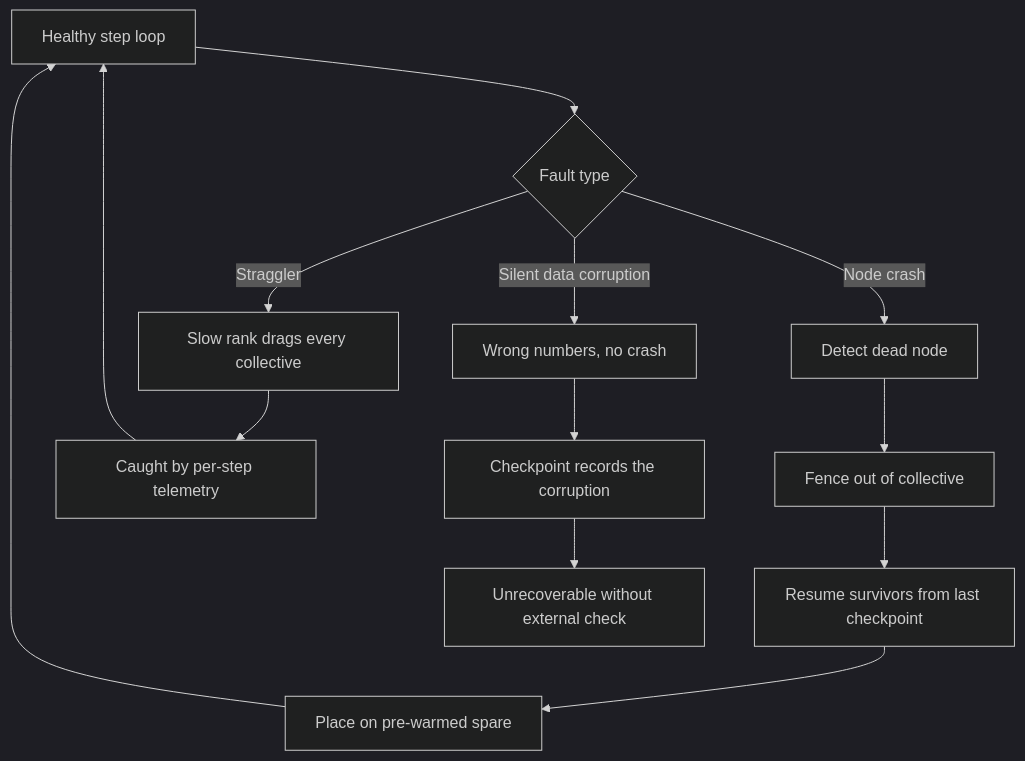
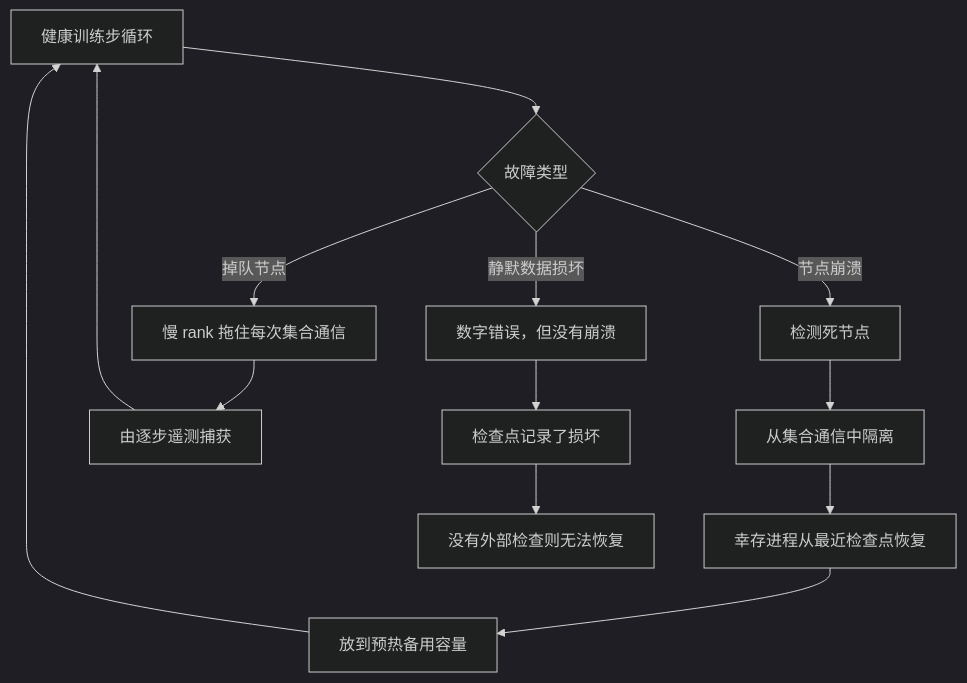
The first of 3 diagrams in zh/infrastructure/02-orchestration-data-infra.qmd (latere-ai/ai-as-an-infrastructure), drawn with Mermaid (dark theme) before and after one commit. The commit also changed other lines of this file and 273 other files, not shown here.

Commit message:
docs: localize Chinese diagrams

````diff
--- a/zh/infrastructure/02-orchestration-data-infra.qmd
+++ b/zh/infrastructure/02-orchestration-data-infra.qmd
@@ -59,17 +59,17 @@
 ```{mermaid}
 %%| label: fig-orchestration-recovery
 %%| fig-cap: "一次干净的崩溃被捕获并路由到在备用容量上的弹性重启。那些不会干净崩溃的故障逃出这条路径，必须由可观测性捕获，而对静默损坏而言，则无法从任何检查点恢复。"
 flowchart TD
-  H["Healthy step loop"] --> F{"Fault type"}
-  F -->|Node crash| D["Detect dead node"]
-  D --> N["Fence out of collective"]
-  N --> R["Resume survivors from last checkpoint"]
-  R --> W["Place on pre-warmed spare"]
+  H["健康训练步循环"] --> F{"故障类型"}
+  F -->|节点崩溃| D["检测死节点"]
+  D --> N["从集合通信中隔离"]
+  N --> R["幸存进程从最近检查点恢复"]
+  R --> W["放到预热备用容量"]
   W --> H
-  F -->|Straggler| SL["Slow rank drags every collective"]
-  SL --> O["Caught by per-step telemetry"]
+  F -->|掉队节点| SL["慢 rank 拖住每次集合通信"]
+  SL --> O["由逐步遥测捕获"]
   O --> H
-  F -->|Silent data corruption| SC["Wrong numbers, no crash"]
-  SC --> X["Checkpoint records the corruption"]
-  X --> U["Unrecoverable without external check"]
+  F -->|静默数据损坏| SC["数字错误，但没有崩溃"]
+  SC --> X["检查点记录了损坏"]
+  X --> U["没有外部检查则无法恢复"]
 ```
````
